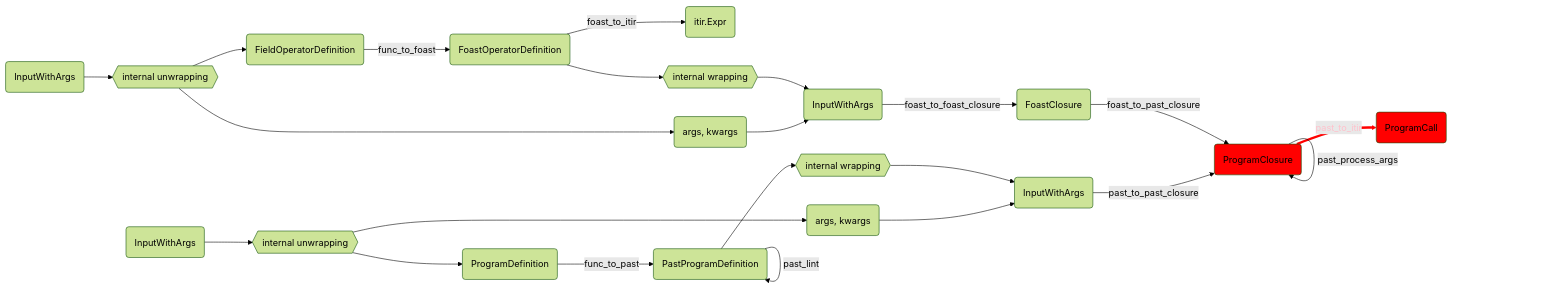
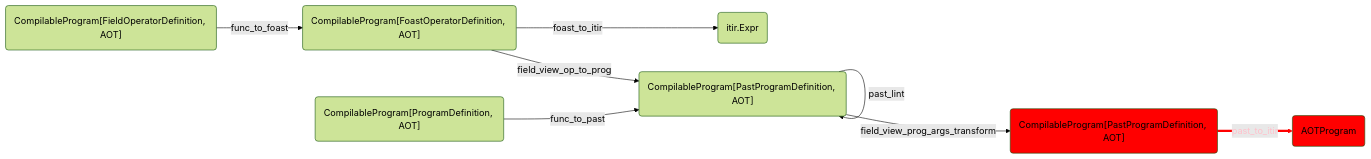
One commit to GridTools/gt4py changed the seventh of 10 diagrams in docs/user/next/advanced/ToolchainWalkthrough.md. Above: the diagram before and after it, drawn with Mermaid (forest theme). The commit also changed other lines of this file and 48 other files, not shown here.

````diff
--- a/docs/user/next/advanced/ToolchainWalkthrough.md
+++ b/docs/user/next/advanced/ToolchainWalkthrough.md
@@ -359,30 +218,16 @@
 ```mermaid
 graph LR
 
-fdef(FieldOperatorDefinition) -->|func_to_foast| foast(FoastOperatorDefinition)
+fdef("CompilableProgram[FieldOperatorDefinition, AOT]") -->|func_to_foast| foast("CompilableProgram[FoastOperatorDefinition, AOT]")
 foast -->|foast_to_itir| itir_expr(itir.Expr)
-foasta -->|foast_to_foast_closure| fclos(FoastClosure)
-fclos -->|foast_to_past_closure| pclos(PastClosure)
-pclos -->|past_process_args| pclos
-pclos -->|past_to_itir| pcall(ProgramCall)
+foast -->|field_view_op_to_prog| past("CompilableProgram[PastProgramDefinition, AOT]")
+past -->|past_lint| past
+past -->|field_view_prog_args_transform| tapast("CompilableProgram[PastProgramDefinition, AOT]")
+tapast -->|past_to_itir| pcall(AOTProgram)
 
-pdef(ProgramDefinition) -->|func_to_past| past(PastProgramDefinition)
-past -->|past_lint| past
-pasta -->|past_to_past_closure| pclos(ProgramClosure)
+pdef("CompilableProgram[ProgramDefinition, AOT]") -->|func_to_past| past("CompilableProgram[PastProgramDefinition, AOT]")
 
-fdefa(InputWithArgs) --> fuwr{{"internal unwrapping"}} --> fdef
-fuwr --> fargs(args, kwargs)
-
-foast --> fiwr{{"internal wrapping"}} --> foasta(InputWithArgs)
-fargs --> foasta
-
-pdefa(InputWithArgs) --> puwr{{"internal unwrapping"}} --> pdef
-puwr --> pargs(args, kwargs)
-
-past --> piwr{{"internal wrapping"}} --> pasta(InputWithArgs)
-pargs --> pasta
-
-style pclos fill:red
+style tapast fill:red
 style pcall fill:red
 linkStyle 5 stroke:red,stroke-width:4px,color:pink
 ```
````
